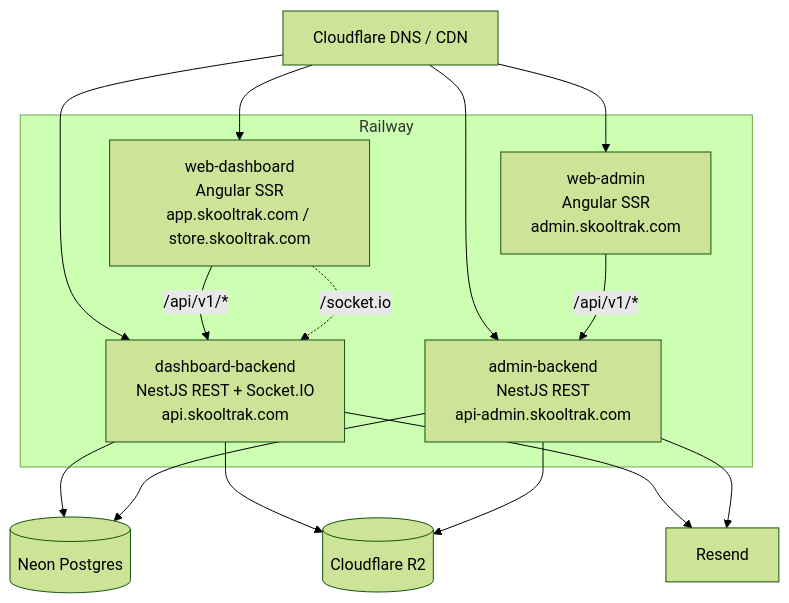
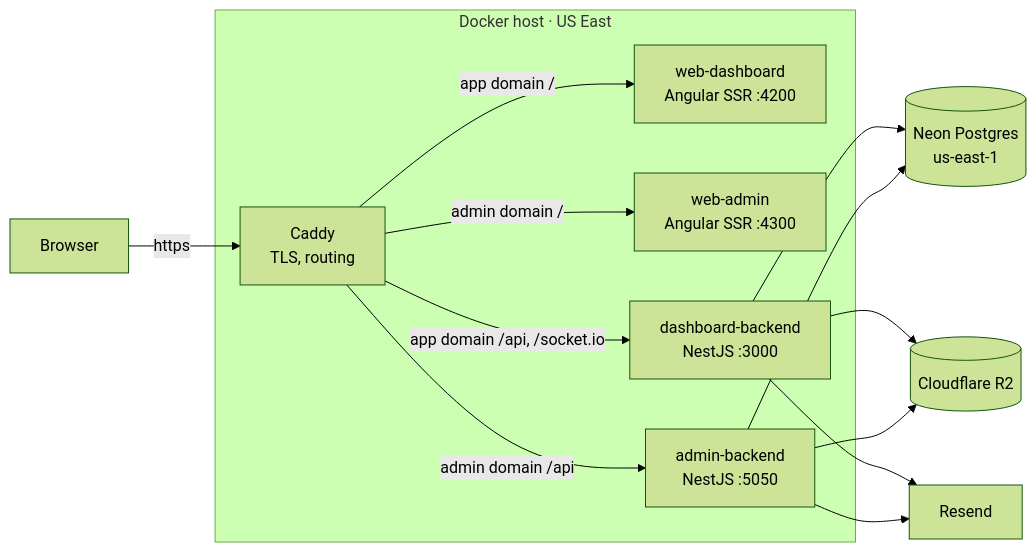
Before and after one commit to JoelNieto/skooltrak: the diagram in docs/DEPLOYMENT.md, drawn with Mermaid (forest theme). The commit also changed other lines of this file and 16 other files, not shown here.

First line of the commit message:
chore(deploy): Docker Compose + Caddy stack with GitHub Actions deploys

````diff
--- a/docs/DEPLOYMENT.md
+++ b/docs/DEPLOYMENT.md
@@ -31,26 +7,21 @@
 ```mermaid
-flowchart TB
-    cf["Cloudflare DNS / CDN"]
-    subgraph Railway
-      dash["web-dashboard<br/>Angular SSR<br/>app.skooltrak.com / store.skooltrak.com"]
-      admin["web-admin<br/>Angular SSR<br/>admin.skooltrak.com"]
-      api["dashboard-backend<br/>NestJS REST + Socket.IO<br/>api.skooltrak.com"]
-      apiAdmin["admin-backend<br/>NestJS REST<br/>api-admin.skooltrak.com"]
+flowchart LR
+    user["Browser"] -->|"https"| caddy
+    subgraph server["Docker host · US East"]
+      caddy["Caddy<br/>TLS, routing"]
+      wd["web-dashboard<br/>Angular SSR :4200"]
+      wa["web-admin<br/>Angular SSR :4300"]
+      db["dashboard-backend<br/>NestJS :3000"]
+      ab["admin-backend<br/>NestJS :5050"]
     end
-    neon[("Neon Postgres")]
-    r2[("Cloudflare R2")]
-    resend["Resend"]
-    cf --> dash
-    cf --> admin
-    cf --> api
-    cf --> apiAdmin
-    dash -->|"/api/v1/*"| api
-    admin -->|"/api/v1/*"| apiAdmin
-    dash -.->|"/socket.io"| api
-    api --> neon
-    apiAdmin --> neon
-    api --> r2
-    apiAdmin --> r2
-    api --> resend
-    apiAdmin --> resend
+    caddy -->|"app domain /"| wd
+    caddy -->|"app domain /api, /socket.io"| db
+    caddy -->|"admin domain /"| wa
+    caddy -->|"admin domain /api"| ab
+    db --> neon[("Neon Postgres<br/>us-east-1")]
+    ab --> neon
+    db --> r2[("Cloudflare R2")]
+    ab --> r2
+    db --> resend["Resend"]
+    ab --> resend
 ```
````
